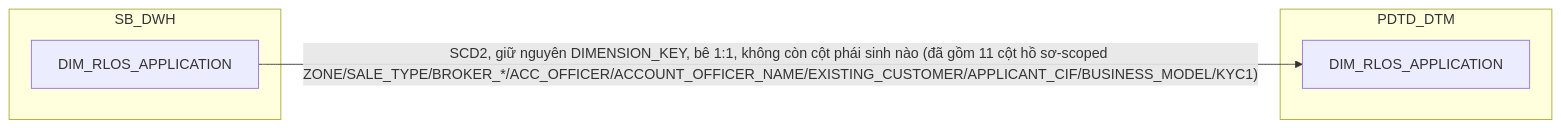
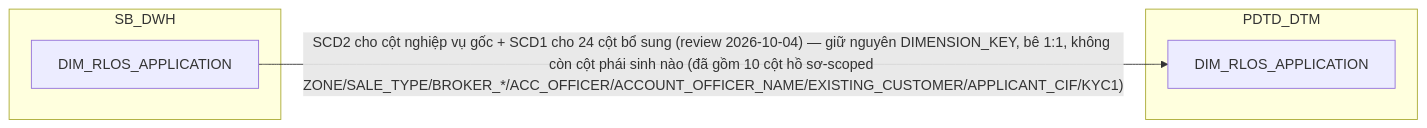
One commit to chien1198/sb-mapping-gen changed the ninth of 19 diagrams in hld/hld_review/HLD_DIM_PDTD_DTM_review.md. Above: the diagram before and after it, drawn with Mermaid. The commit also changed other lines of this file and 124 other files, not shown here.

````diff
--- a/hld/hld_review/HLD_DIM_PDTD_DTM_review.md
+++ b/hld/hld_review/HLD_DIM_PDTD_DTM_review.md
@@ -387,10 +376,10 @@
 ```mermaid
 flowchart LR
     subgraph SB_DWH
         F["DIM_RLOS_APPLICATION"]
     end
     subgraph PDTD_DTM
         G["DIM_RLOS_APPLICATION"]
     end
-    F -->|"SCD2, giữ nguyên DIMENSION_KEY, bê 1:1, không còn cột phái sinh nào (đã gồm 11 cột hồ sơ-scoped ZONE/SALE_TYPE/BROKER_*/ACC_OFFICER/ACCOUNT_OFFICER_NAME/EXISTING_CUSTOMER/APPLICANT_CIF/BUSINESS_MODEL/KYC1)"| G
+    F -->|"SCD2 cho cột nghiệp vụ gốc + SCD1 cho 24 cột bổ sung (review 2026-10-04) — giữ nguyên DIMENSION_KEY, bê 1:1, không còn cột phái sinh nào (đã gồm 10 cột hồ sơ-scoped ZONE/SALE_TYPE/BROKER_*/ACC_OFFICER/ACCOUNT_OFFICER_NAME/EXISTING_CUSTOMER/APPLICANT_CIF/KYC1)"| G
 ```
````
